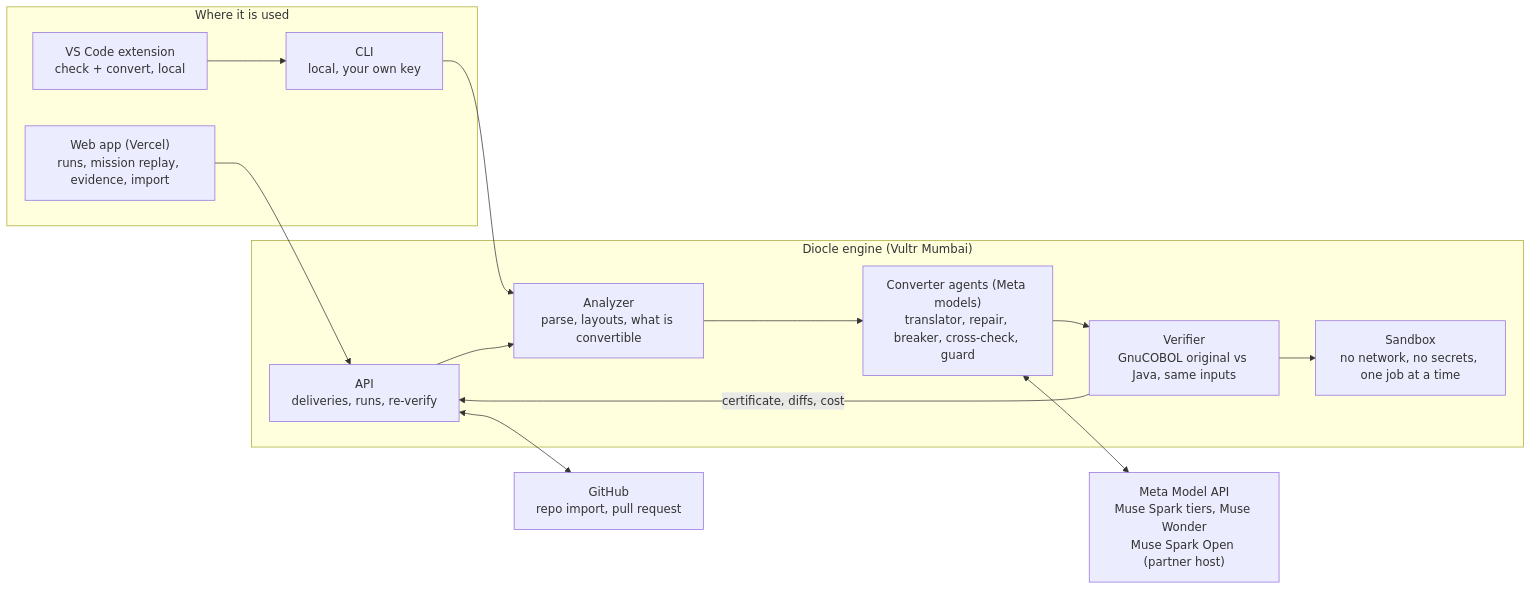
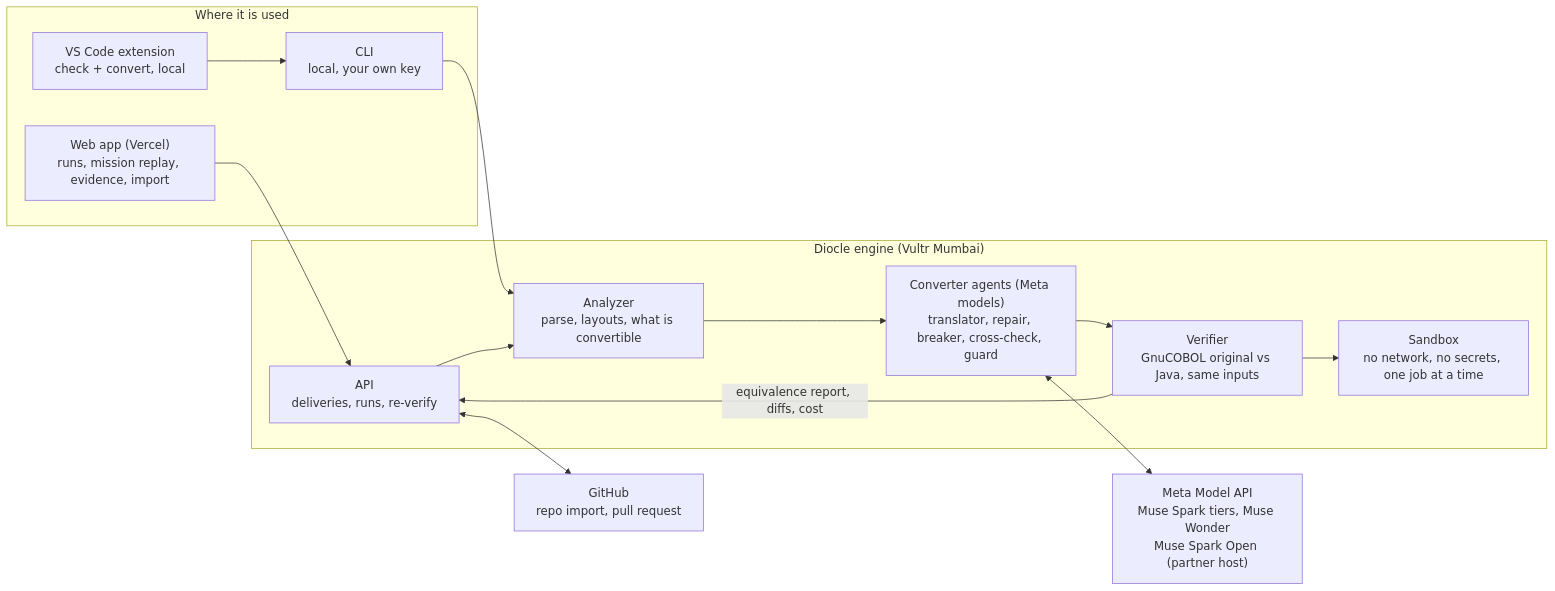
The diagram in docs/ARCHITECTURE.md (Nivetha200111/Diocle), drawn with Mermaid before and after one commit. The commit also changed other lines of this file and 8 other files, not shown here.

Commit message:
Docs: honest README (limits, measured finding, built-here list), equivalence report wording, live check, hand-off and architecture sync

````diff
--- a/docs/ARCHITECTURE.md
+++ b/docs/ARCHITECTURE.md
@@ -5,28 +5,28 @@
 ```mermaid
 flowchart LR
   subgraph You["Where it is used"]
     W["Web app (Vercel)<br/>runs, mission replay, evidence, import"]
     E["VS Code extension<br/>check + convert, local"]
     C["CLI<br/>local, your own key"]
   end
 
   subgraph Engine["Diocle engine (Vultr Mumbai)"]
     API["API<br/>deliveries, runs, re-verify"]
     AN["Analyzer<br/>parse, layouts, what is convertible"]
     CV["Converter agents (Meta models)<br/>translator, repair, breaker, cross-check, guard"]
     VF["Verifier<br/>GnuCOBOL original vs Java, same inputs"]
     SB["Sandbox<br/>no network, no secrets, one job at a time"]
   end
 
   M["Meta Model API<br/>Muse Spark tiers, Muse Wonder<br/>Muse Spark Open (partner host)"]
   G["GitHub<br/>repo import, pull request"]
 
   W --> API
   E --> C
   C --> AN
   API --> AN --> CV
   CV <--> M
   CV --> VF --> SB
-  VF -- "certificate, diffs, cost" --> API
+  VF -- "equivalence report, diffs, cost" --> API
   API <--> G
 ```
````
